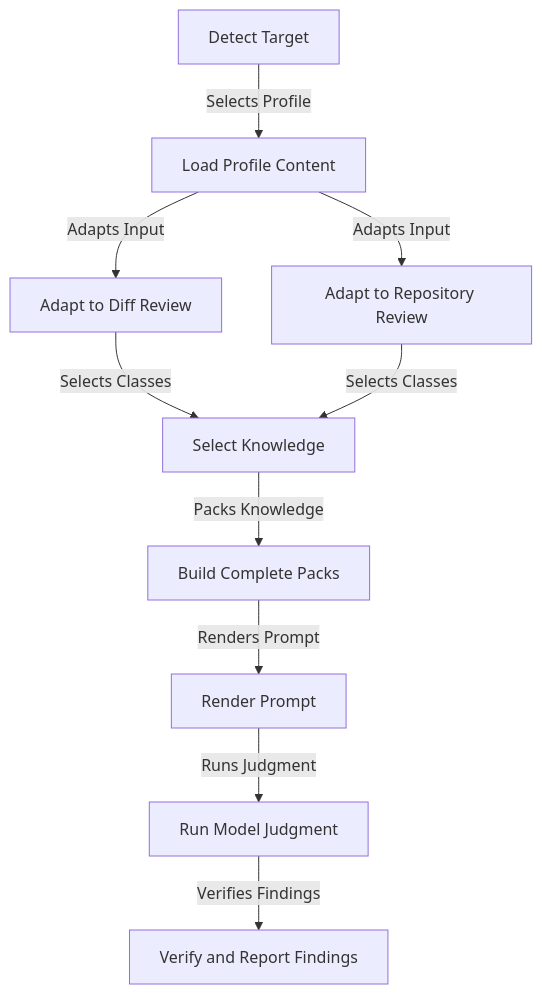
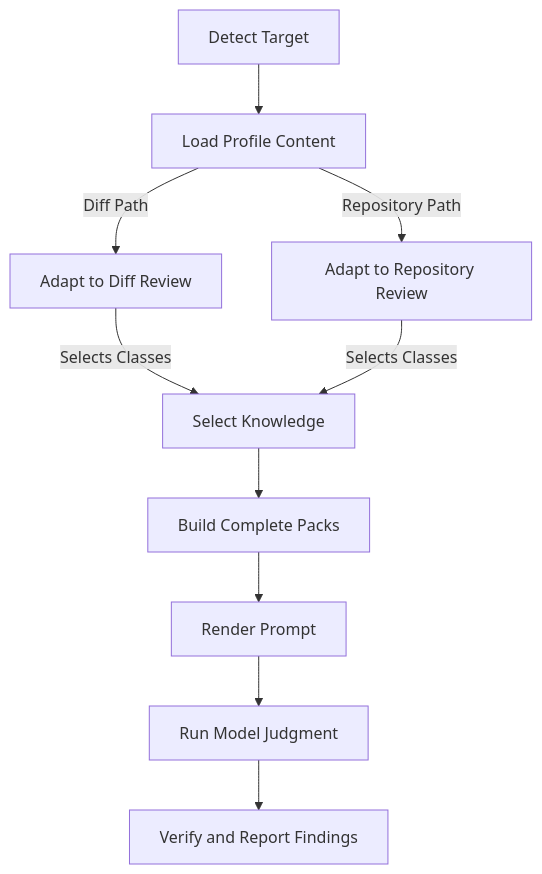
The diagram in docs/knowledge-design.md (eth4nr00t/cyberjury), drawn with Mermaid before and after one commit. The commit also changed 1 other file, not shown here.

Commit message:
docs: clarify Mermaid flow labels

````diff
--- a/docs/knowledge-design.md
+++ b/docs/knowledge-design.md
@@ -255,12 +255,12 @@
 ```mermaid
 flowchart TD
-    A[Detect Target] -- Selects Profile --> B[Load Profile Content]
-    B -- Adapts Input --> C[Adapt to Diff Review]
-    B -- Adapts Input --> D[Adapt to Repository Review]
+    A[Detect Target] --> B[Load Profile Content]
+    B -- Diff Path --> C[Adapt to Diff Review]
+    B -- Repository Path --> D[Adapt to Repository Review]
     C -- Selects Classes --> E[Select Knowledge]
     D -- Selects Classes --> E
-    E -- Packs Knowledge --> F[Build Complete Packs]
-    F -- Renders Prompt --> G[Render Prompt]
-    G -- Runs Judgment --> H[Run Model Judgment]
-    H -- Verifies Findings --> I[Verify and Report Findings]
+    E --> F[Build Complete Packs]
+    F --> G[Render Prompt]
+    G --> H[Run Model Judgment]
+    H --> I[Verify and Report Findings]
 ```
````
